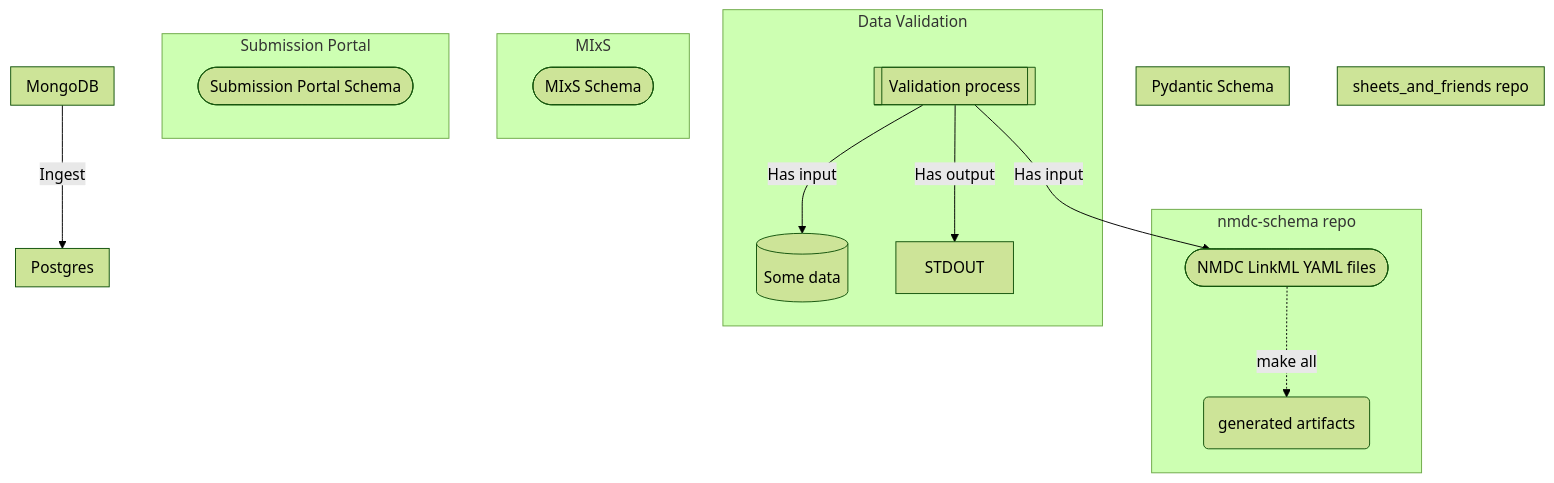
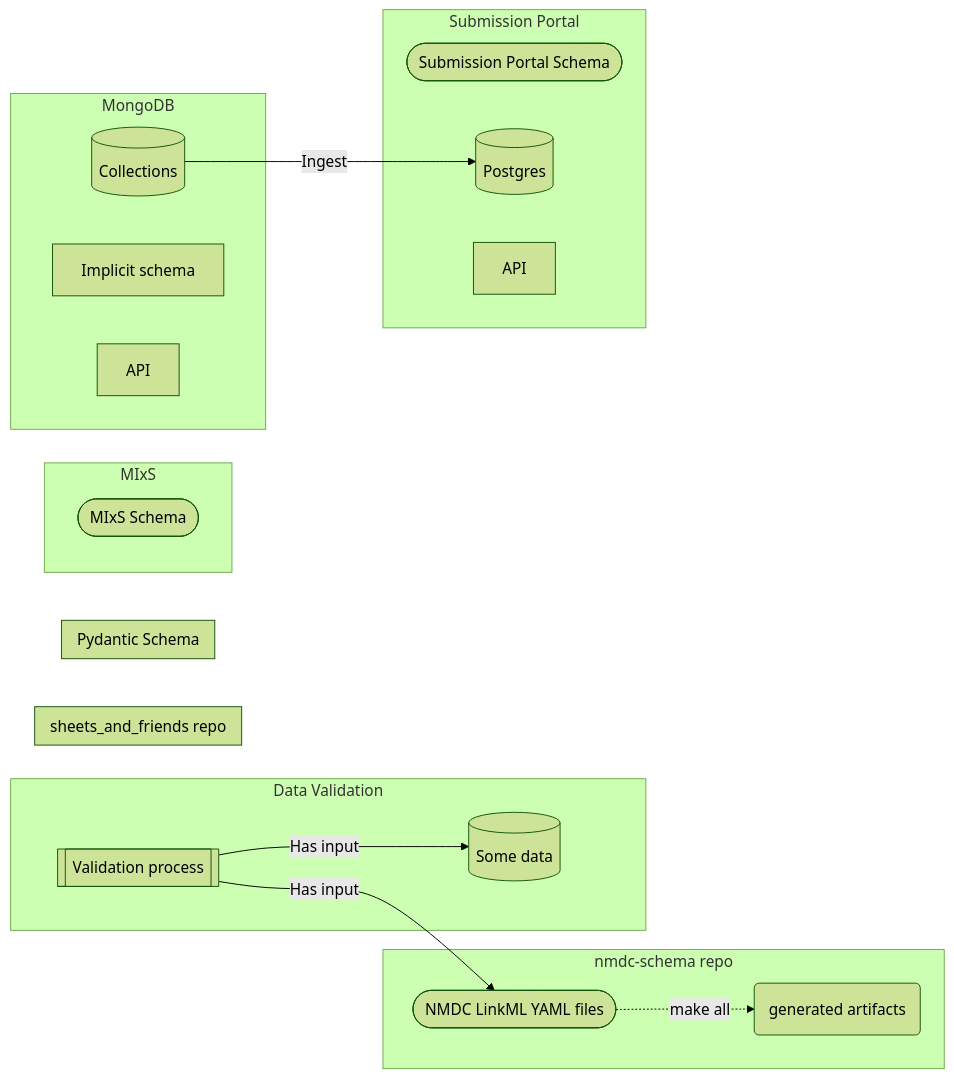
One commit to microbiomedata/nmdc-schema changed the diagram in README.md. Above: the diagram before and after it, drawn with Mermaid (forest theme).

````diff
--- a/README.md
+++ b/README.md
@@ -42,31 +42,34 @@
 ```mermaid
-flowchart TB
+flowchart LR
     subgraph sheets_and_friends repo
     end
     subgraph Pydantic Schema
     end
     subgraph nmdc-schema repo
     ly([NMDC LinkML YAML files])
     lg(generated artifacts)
     ly-.make all.->lg
     end
     subgraph Data Validation
     click ly href "https://github.com/microbiomedata/nmdc-schema/tree/main/src/schema" _top
     d[(Some data)]
     v[[Validation process]]
     v--Has input-->d
     v--Has input-->ly
-    v--Has output-->STDOUT
     end
     subgraph MIxS
     m([MIxS Schema])
     end
     subgraph Submission Portal
     sps([Submission Portal Schema])
+    sppg[(Postgres)]
+    spa[API]
     end
     subgraph MongoDB
+    mc[(Collections)]
+    ms[Implicit schema]
+    ma[API]
+    click ma href "https://api.dev.microbiomedata.org/docs" _top
     end
-    subgraph Postgres
-    end
-    MongoDB --Ingest--> Postgres
+    mc --Ingest--> sppg
 ```
````
